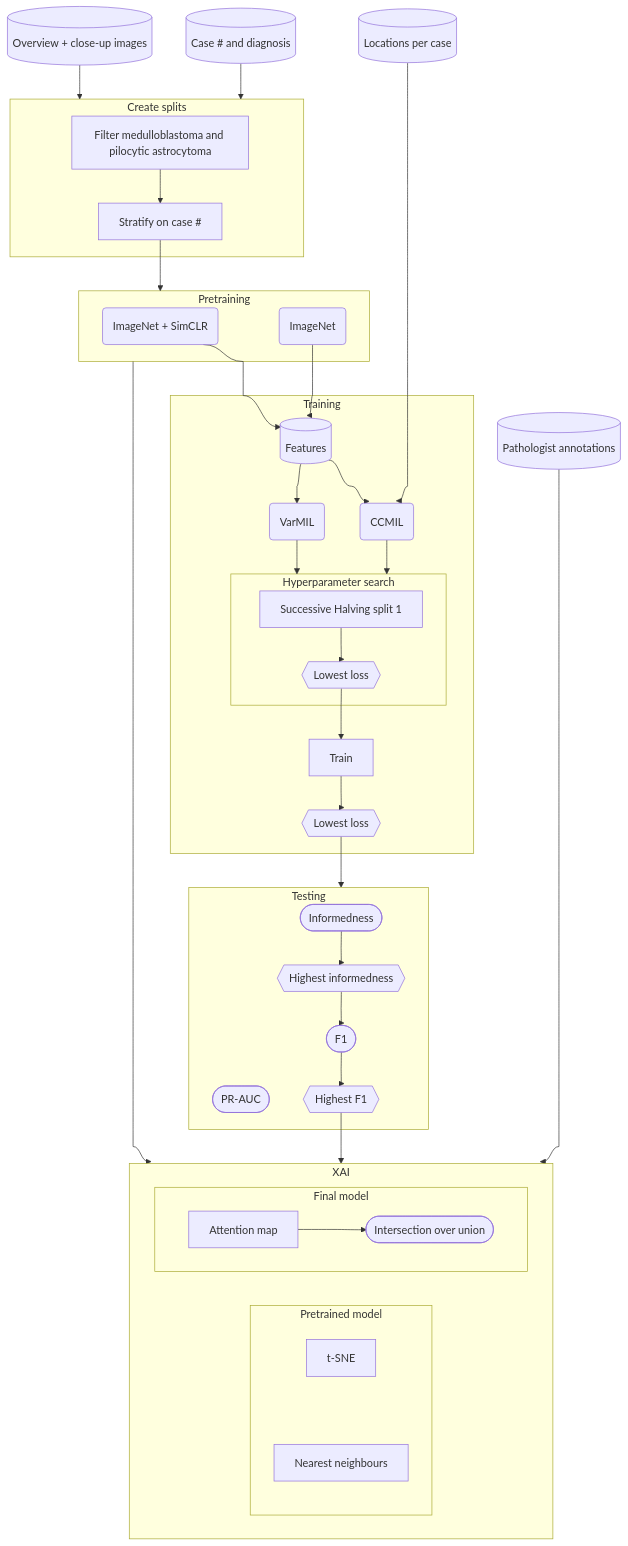
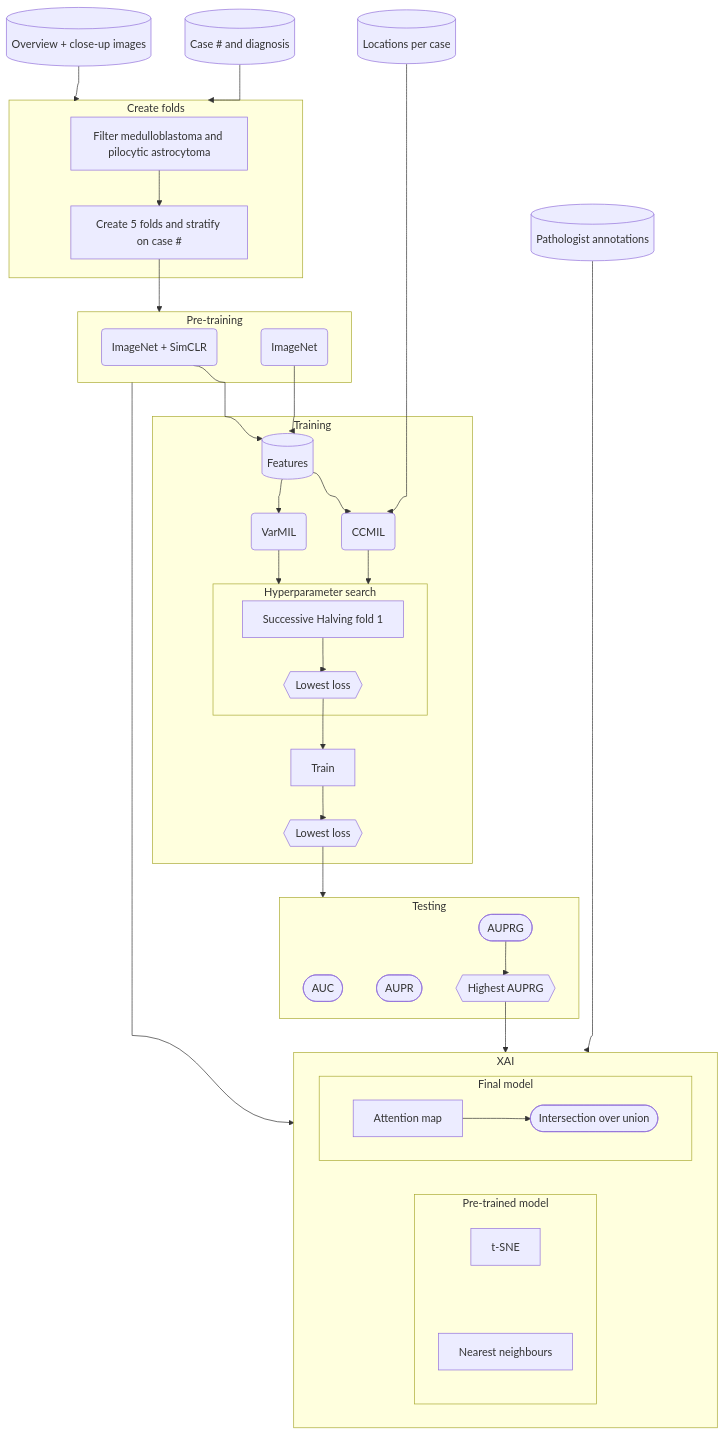
One commit to siemdejong/mscthesis changed the diagram in mermaid/brain/analytical-methods.mmd. Above: the diagram before and after it, drawn with Mermaid. The commit also changed 74 other files, not shown here.

```diff
--- a/mermaid/brain/analytical-methods.mmd
+++ b/mermaid/brain/analytical-methods.mmd
@@ -1,83 +1,85 @@
 %%{init: {'theme': 'default', "flowchart" : { "curve" : "bumpX" } } }%%
 
 flowchart TD
     images[(Overview + close-up images)]
     targets[(Case # and diagnosis)]
     cc[(Locations per case)]
     annotations[(Pathologist annotations)]
 
-    subgraph splits[Create splits]
+    subgraph splits[Create folds]
         filter_data[Filter medulloblastoma and pilocytic astrocytoma]
 
-        create_splits[Stratify on case #]
+        create_splits[Create 5 folds and stratify on case #]
 
         filter_data --> create_splits
     end
 
-    subgraph pretraining[Pretraining]
+    subgraph pretraining[Pre-training]
         SimCLR(ImageNet + SimCLR)
         ImageNet(ImageNet)
     end
 
     subgraph train[Training]
         features[(Features)]
 
         subgraph hps[Hyperparameter search]
-            sh[Successive Halving split 1]
+            sh[Successive Halving fold 1]
 
             sh_bv{{Lowest loss}}
 
             sh --> sh_bv
         end
 
         VarMIL(VarMIL)
         CCMIL(CCMIL)
 
         train_bv{{Lowest loss}}
 
         features --> VarMIL & CCMIL
 
         VarMIL & CCMIL --> hps
 
         sh_bv --> train_with_conf[Train]
 
         train_with_conf --> train_bv
     end
 
     subgraph test[Testing]
-        inf([Informedness])
-        best_inf{{Highest informedness}}
-        F1([F1])
-        PRAUC([PR-AUC])
+        AUC([AUC])
+        AUPR([AUPR])
+        AUPRG([AUPRG])
 
-        best_model{{Highest F1}}
+        best_model{{Highest AUPRG}}
 
-        inf --> best_inf --> F1
-        F1 --> best_model
+        %%style ph1 fill:#FFFFFF00, stroke:#FFFFFF00;
+        %%style ph2 fill:#FFFFFF00, stroke:#FFFFFF00;
+        %%AUC ~~~ ph1[ ]
+        %%AUPR ~~~ ph2[ ]
 
-        PRAUC
+        AUPRG --> best_model
+
     end
 
     subgraph xai[XAI]
-        subgraph pretrained_model[Pretrained model]
+        subgraph pretrained_model[Pre-trained model]
             tsne[t-SNE]
             nn[Nearest neighbours]
             tsne ~~~ nn
         end
 
         subgraph final[Final model]
             direction LR
             A[Attention map]
             IoU([Intersection over union])
             A --> IoU
         end
     end
 
     create_splits --> pretraining
     images & targets --> splits
     SimCLR & ImageNet --> features
-    pretraining --> xai
-    train_bv --> test
+    pretraining ---> xai
+    train_bv ---> test
     best_model --> xai
-    annotations ---------------> xai
+    annotations -------------> xai
     cc ------> CCMIL
```
